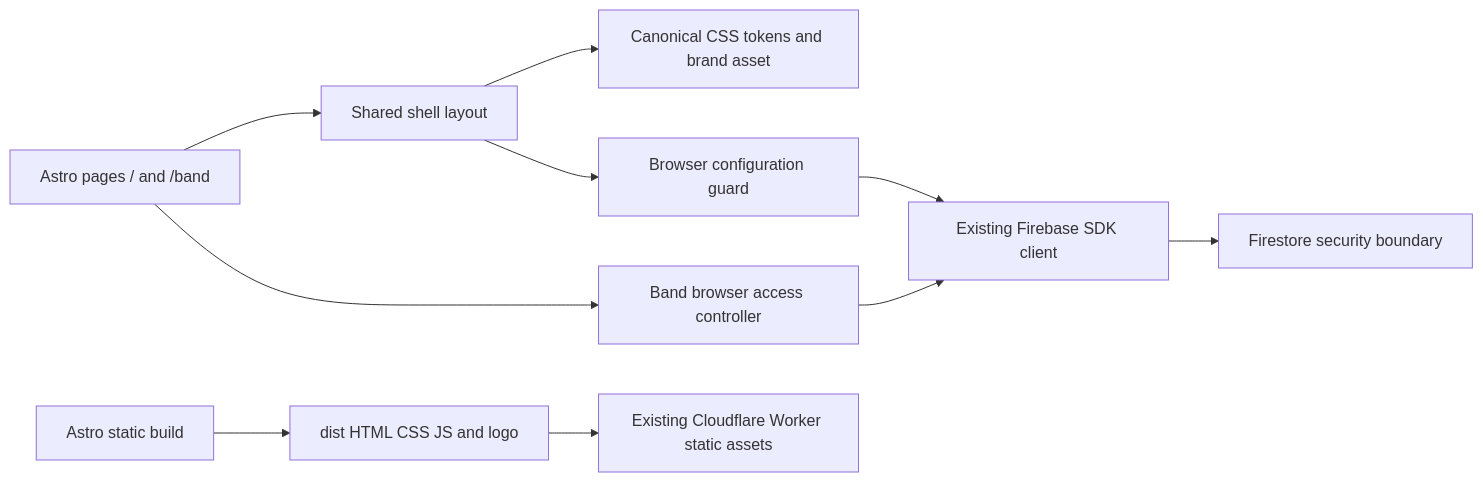
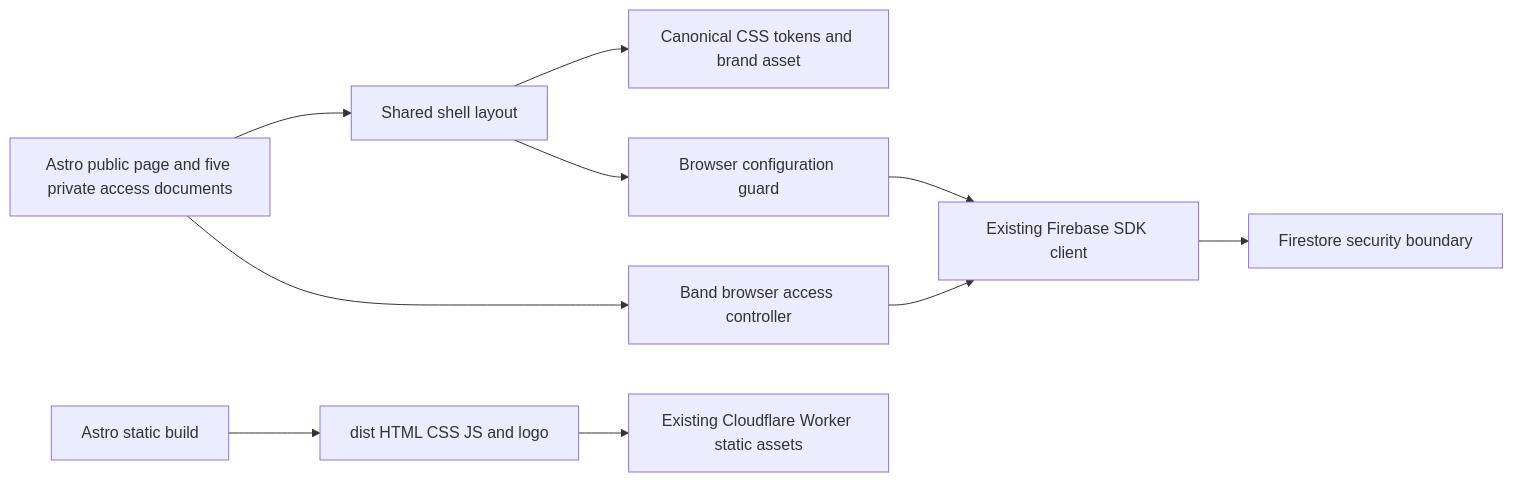
One commit to juangcarmona/pintatonica changed the diagram in docs/architecture/05-building-block-view.md. Above: the diagram before and after it, drawn with Mermaid. The commit also changed other lines of this file and 92 other files, not shown here.

First line of the commit message:
feat(GH-30): give Backstage separate private pages and protect unsaved edits (#34)

````diff
--- a/docs/architecture/05-building-block-view.md
+++ b/docs/architecture/05-building-block-view.md
@@ -19,12 +19,12 @@
 ```mermaid
 flowchart LR
-    Pages["Astro pages / and /band"] --> Layout["Shared shell layout"]
+    Pages["Astro public page and five private access documents"] --> Layout["Shared shell layout"]
     Layout --> Tokens["Canonical CSS tokens and brand asset"]
     Layout --> Guard["Browser configuration guard"]
     Guard --> SDK["Existing Firebase SDK client"]
     Pages --> Access["Band browser access controller"]
     Access --> SDK
     SDK --> Rules["Firestore security boundary"]
     Build["Astro static build"] --> Assets["dist HTML CSS JS and logo"]
     Assets --> Host["Existing Cloudflare Worker static assets"]
 ```
````
